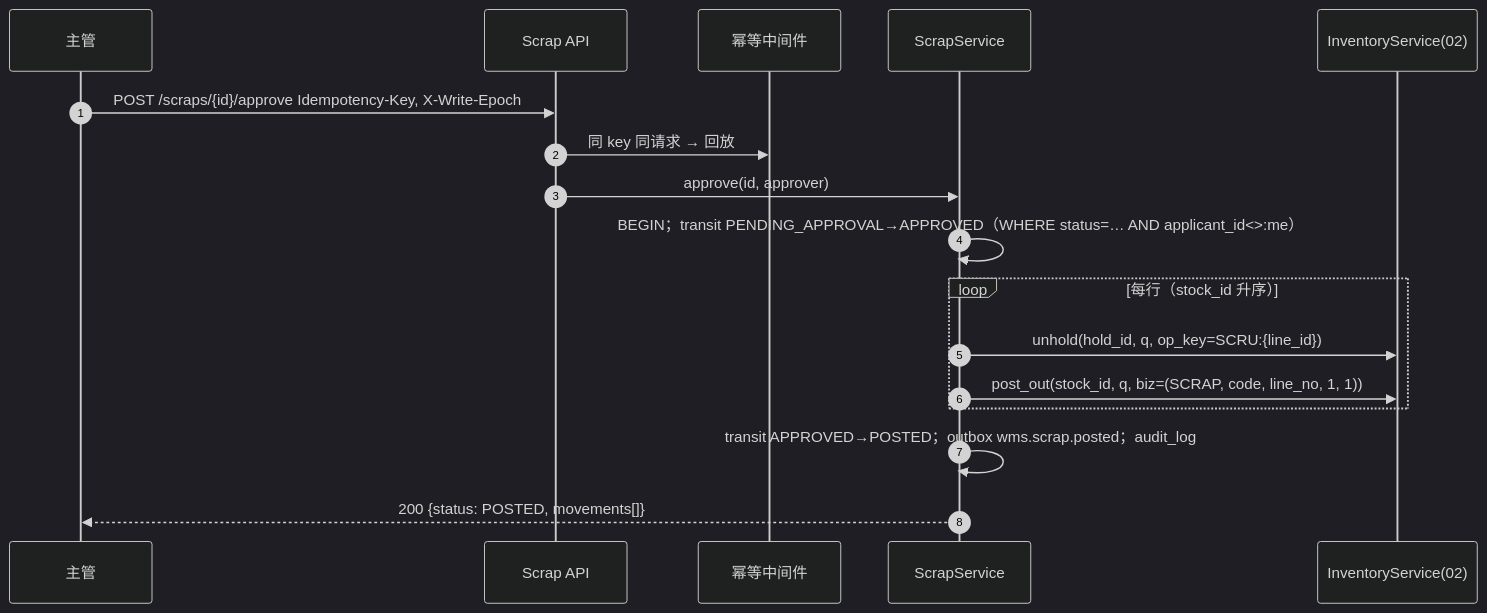
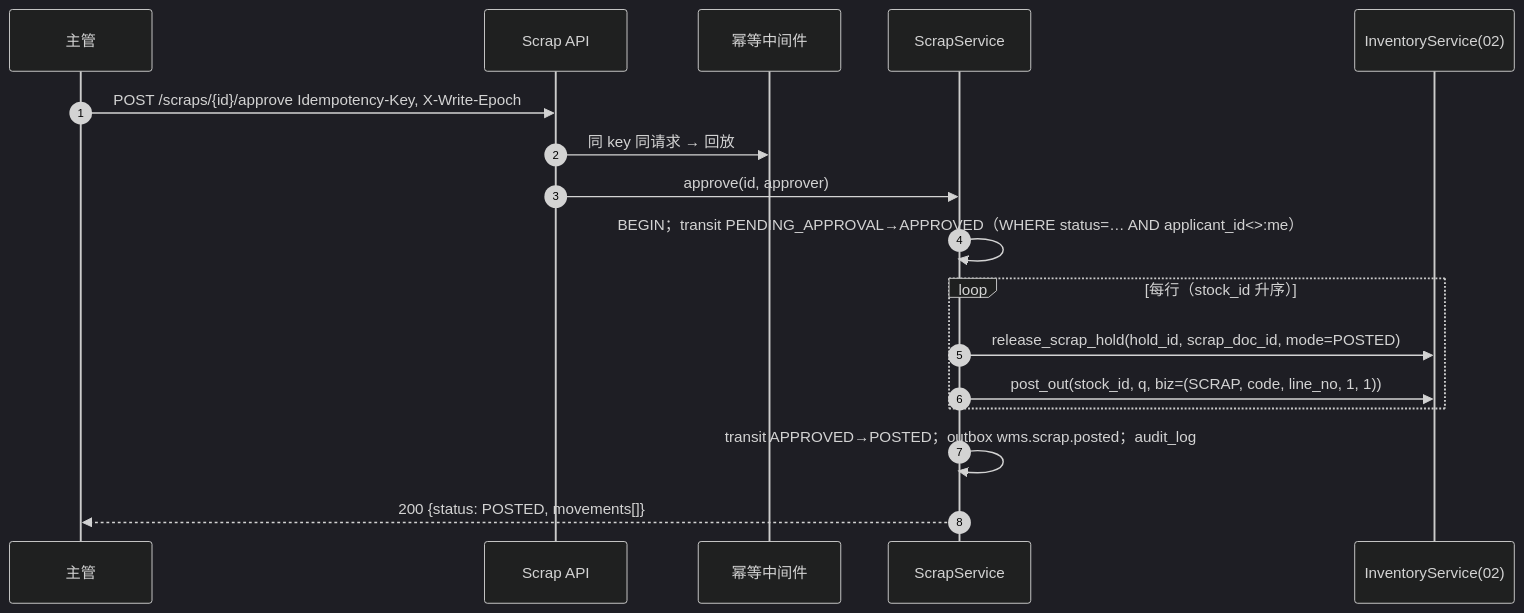
The third of 4 diagrams in docs/09-效期与损耗.md (Akarin7784/fresh-wms), drawn with Mermaid (dark theme) before and after one commit. The commit also changed other lines of this file and 4 other files, not shown here.

Commit message:
docs(09): 小赵 I1–I4 + 小吴 A1：全文 unhold→release_scrap_hold；交接单不可撤回/取消/驳回（40930，REVOKED 拒绝）；create_from_qc 先 DRAFT 再 convert_hold；scrap_order 来源/原因 CHECK、前进触发器、scrap_line 外键与 DRAFT-only 触发器、scrap_qty_milli；wms_app 授权 + S4 矩阵；两库反向断言

````diff
--- a/docs/09-效期与损耗.md
+++ b/docs/09-效期与损耗.md
@@ -238,19 +242,19 @@
 ```mermaid
 sequenceDiagram
   autonumber
   participant SUP as 主管
   participant API as Scrap API
   participant IDEM as 幂等中间件
   participant SCR as ScrapService
   participant INV as InventoryService(02)
   SUP->>API: POST /scraps/{id}/approve  Idempotency-Key, X-Write-Epoch
   API->>IDEM: 同 key 同请求 → 回放
   API->>SCR: approve(id, approver)
   SCR->>SCR: BEGIN；transit PENDING_APPROVAL→APPROVED（WHERE status=… AND applicant_id<>:me）
   loop 每行（stock_id 升序）
-    SCR->>INV: unhold(hold_id, q, op_key=SCRU:{line_id})
+    SCR->>INV: release_scrap_hold(hold_id, scrap_doc_id, mode=POSTED)
     SCR->>INV: post_out(stock_id, q, biz=(SCRAP, code, line_no, 1, 1))
   end
   SCR->>SCR: transit APPROVED→POSTED；outbox wms.scrap.posted；audit_log
   SCR-->>SUP: 200 {status: POSTED, movements[]}
 ```
````
